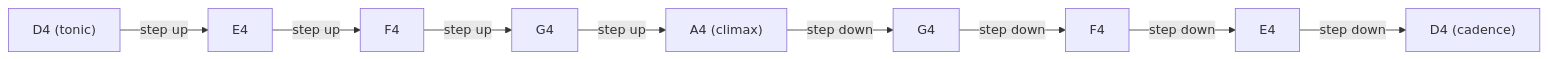
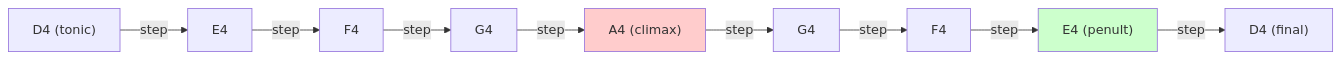
The first of 3 diagrams in topics/arts/composition/counterpoint/labs.md (blebleblee/synapse), drawn with Mermaid before and after one commit. The commit also changed other lines of this file and 4 other files, not shown here.

````diff
--- a/topics/arts/composition/counterpoint/labs.md
+++ b/topics/arts/composition/counterpoint/labs.md
@@ -66,11 +74,14 @@
 ```mermaid
 graph LR
-    A["D4 (tonic)"] -->|"step up"| B["E4"]
-    B -->|"step up"| C["F4"]
-    C -->|"step up"| D["G4"]
-    D -->|"step up"| E["A4 (climax)"]
-    E -->|"step down"| F["G4"]
-    F -->|"step down"| G["F4"]
-    G -->|"step down"| H["E4"]
-    H -->|"step down"| I["D4 (cadence)"]
+    A["D4 (tonic)"] -->|step| B["E4"]
+    B -->|step| C["F4"]
+    C -->|step| D["G4"]
+    D -->|step| E["A4 (climax)"]
+    E -->|step| F["G4"]
+    F -->|step| G["F4"]
+    G -->|step| H["E4 (penult)"]
+    H -->|step| I["D4 (final)"]
+    
+    style E fill:#ffcccc
+    style H fill:#ccffcc
 ```
````
